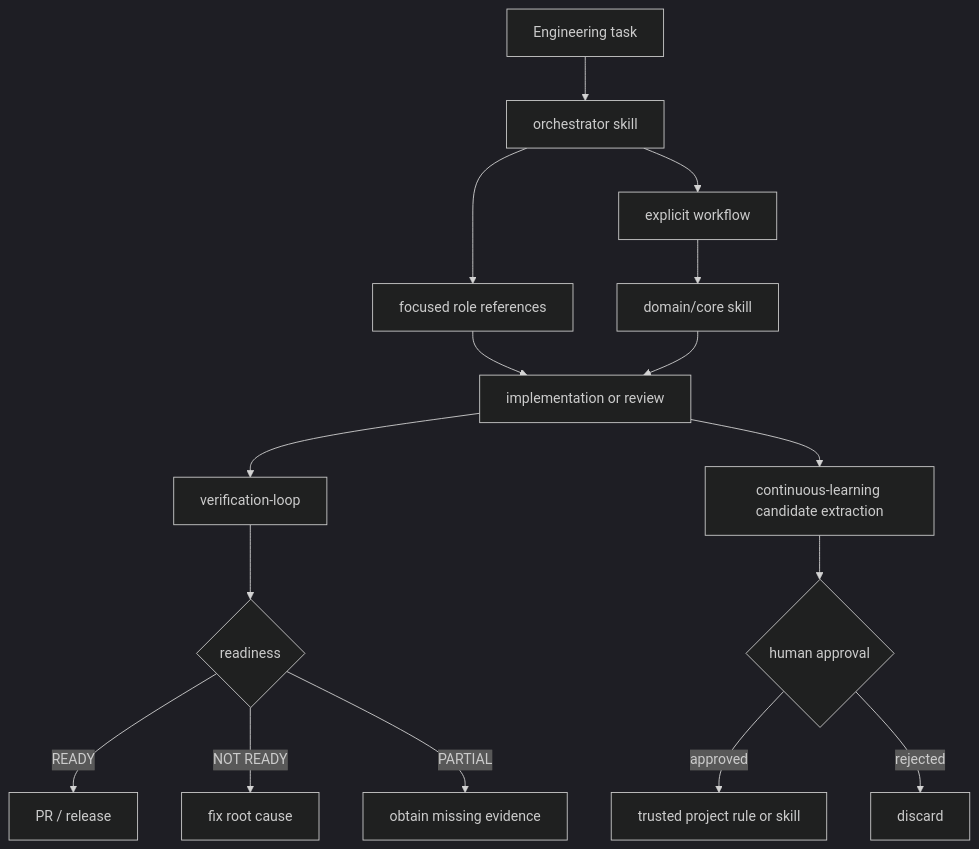
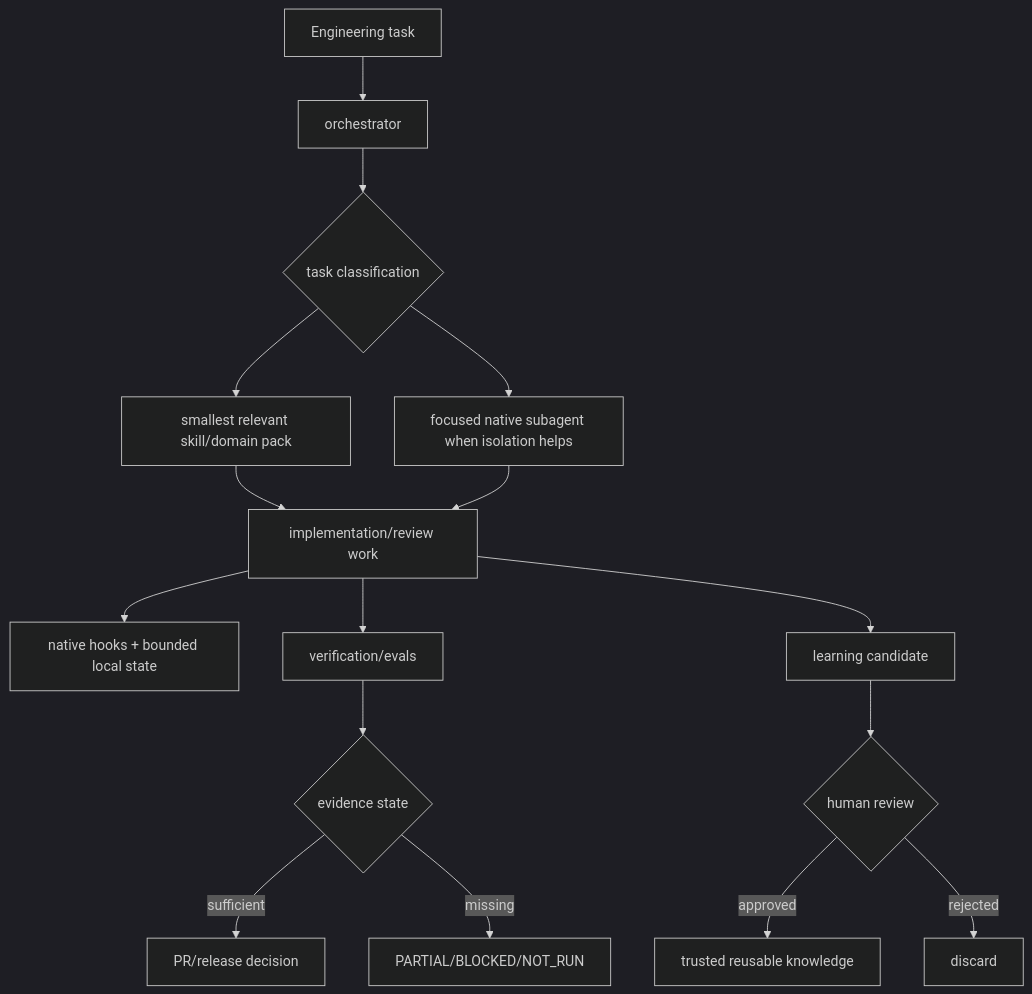
Before and after one commit to aydemir0/codex-engineering-kit: the diagram in docs/architecture.md, drawn with Mermaid (dark theme). The commit also changed other lines of this file, not shown here.

Commit message:
docs: reconcile CEK architecture with v0.2 truth

````diff
--- a/docs/architecture.md
+++ b/docs/architecture.md
@@ -5,18 +53,18 @@
 ```mermaid
 flowchart TD
-    U[Engineering task] --> O[orchestrator skill]
-    O --> R[focused role references]
-    O --> W[explicit workflow]
-    W --> S[domain/core skill]
-    R --> I[implementation or review]
-    S --> I
-    I --> V[verification-loop]
-    V --> D{readiness}
-    D -->|READY| P[PR / release]
-    D -->|NOT READY| F[fix root cause]
-    D -->|PARTIAL| E[obtain missing evidence]
-    I --> L[continuous-learning candidate extraction]
-    L --> H{human approval}
-    H -->|approved| T[trusted project rule or skill]
-    H -->|rejected| X[discard]
+    U[Engineering task] --> O[orchestrator]
+    O --> C{task classification}
+    C --> S[smallest relevant skill/domain pack]
+    C --> A[focused native subagent when isolation helps]
+    S --> I[implementation/review work]
+    A --> I
+    I --> H[native hooks + bounded local state]
+    I --> V[verification/evals]
+    V --> R{evidence state}
+    R -->|sufficient| P[PR/release decision]
+    R -->|missing| M[PARTIAL/BLOCKED/NOT_RUN]
+    I --> L[learning candidate]
+    L --> G{human review}
+    G -->|approved| K[trusted reusable knowledge]
+    G -->|rejected| X[discard]
 ```
````
